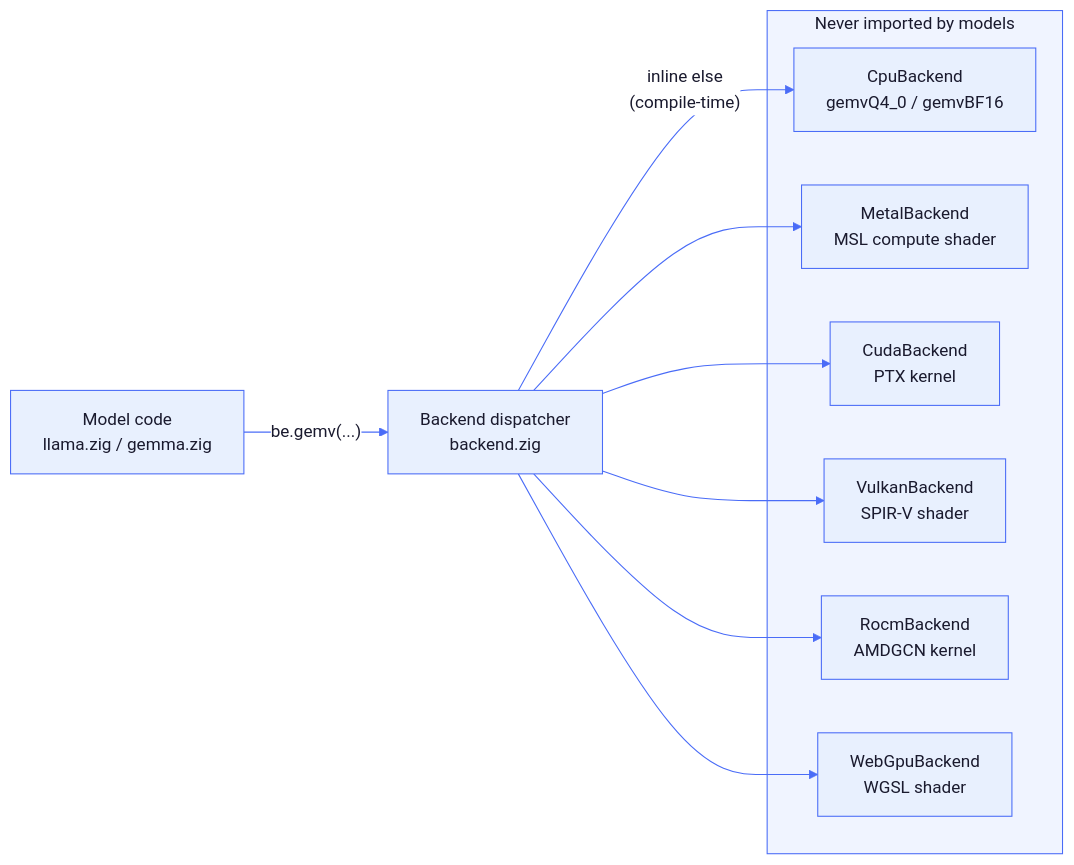
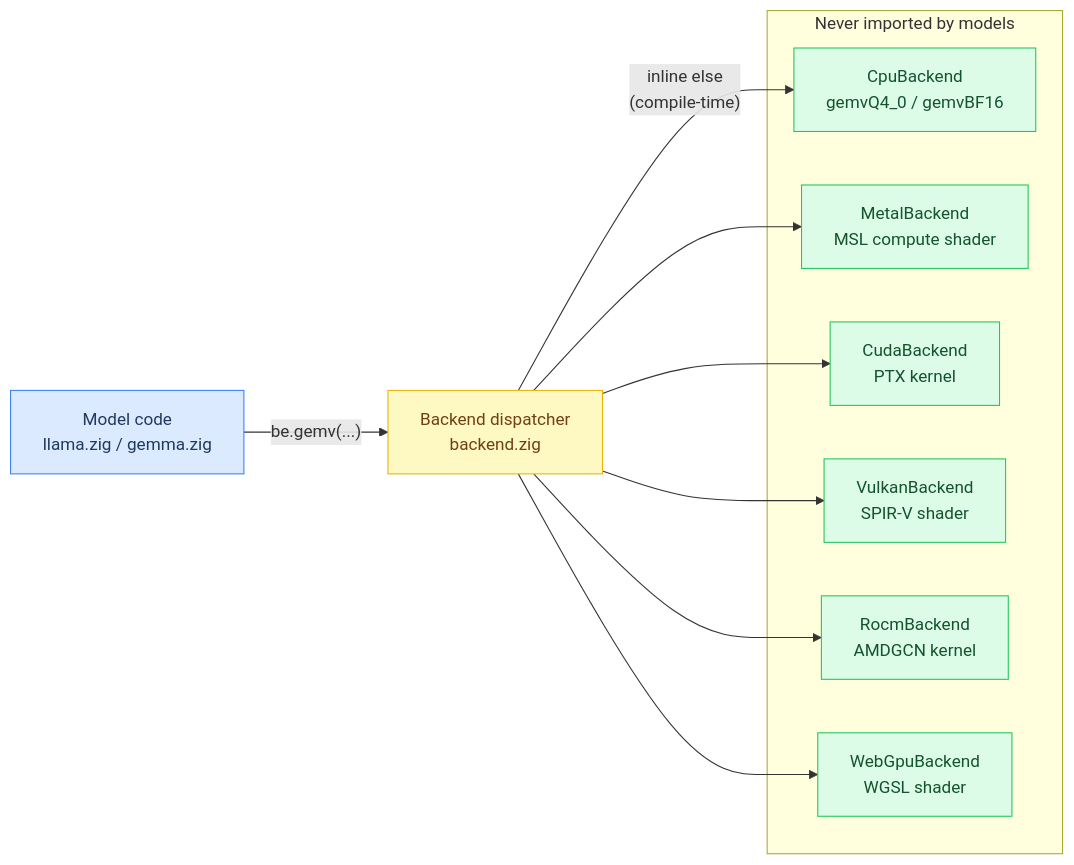
One commit to maci0/agave changed the third of 7 diagrams in docs/tutorial/08-backends.md. Above: the diagram before and after it, drawn with Mermaid. The commit also changed other lines of this file and 24 other files, not shown here.

First line of the commit message:
docs: convert all mermaid diagrams to classDef semantic colors

````diff
--- a/docs/tutorial/08-backends.md
+++ b/docs/tutorial/08-backends.md
@@ -142,37 +157,36 @@
 ```mermaid
-%%{init: {'theme': 'base', 'themeVariables': {
-  'primaryColor': '#e8f0fe',
-  'primaryTextColor': '#1a1a2e',
-  'primaryBorderColor': '#4a6cf7',
-  'lineColor': '#4a6cf7',
-  'secondaryColor': '#f0f4ff',
-  'tertiaryColor': '#f8f9ff',
-  'edgeLabelBackground': '#ffffff',
-  'clusterBkg': '#f0f4ff',
-  'clusterBorder': '#4a6cf7',
-  'titleColor': '#1a1a2e',
-  'nodeTextColor': '#1a1a2e',
-  'fontFamily': 'ui-monospace, SFMono-Regular, monospace'
-}}}%%
 flowchart LR
-    Model["Model code\nllama.zig / gemma.zig"]
-    Dispatcher["Backend dispatcher\nbackend.zig"]
+    classDef setup     fill:#dbeafe,stroke:#3b82f6,color:#1e3a5f
+    classDef sync      fill:#dcfce7,stroke:#22c55e,color:#14532d
+    classDef migration fill:#fef9c3,stroke:#eab308,color:#713f12
+    classDef success   fill:#bbf7d0,stroke:#16a34a,color:#14532d
+    classDef danger    fill:#fee2e2,stroke:#ef4444,color:#7f1d1d
+    classDef optional  fill:#f3e8ff,stroke:#9333ea,color:#581c87
+
+    Model["Model code\nllama.zig / gemma.zig"]:::setup
+    Dispatcher["Backend dispatcher\nbackend.zig"]:::migration
+    CPU["CpuBackend\ngemvQ4_0 / gemvBF16"]:::sync
+    Metal["MetalBackend\nMSL compute shader"]:::sync
+    CUDA["CudaBackend\nPTX kernel"]:::sync
+    Vulkan["VulkanBackend\nSPIR-V shader"]:::sync
+    ROCm["RocmBackend\nAMDGCN kernel"]:::sync
+    WebGPU["WebGpuBackend\nWGSL shader"]:::sync
 
     Model -->|"be.gemv(...)"| Dispatcher
 
-    Dispatcher -->|"inline else\n(compile-time)"| CPU["CpuBackend\ngemvQ4_0 / gemvBF16"]
-    Dispatcher --> Metal["MetalBackend\nMSL compute shader"]
-    Dispatcher --> CUDA["CudaBackend\nPTX kernel"]
-    Dispatcher --> Vulkan["VulkanBackend\nSPIR-V shader"]
-    Dispatcher --> ROCm["RocmBackend\nAMDGCN kernel"]
-    Dispatcher --> WebGPU["WebGpuBackend\nWGSL shader"]
+    Dispatcher -->|"inline else\n(compile-time)"| CPU
+    Dispatcher --> Metal
+    Dispatcher --> CUDA
+    Dispatcher --> Vulkan
+    Dispatcher --> ROCm
+    Dispatcher --> WebGPU
 
     subgraph "Never imported by models"
         CPU
         Metal
         CUDA
         Vulkan
         ROCm
         WebGPU
     end
 ```
````
